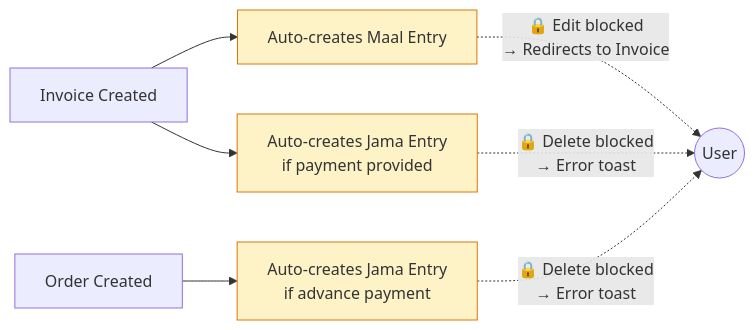
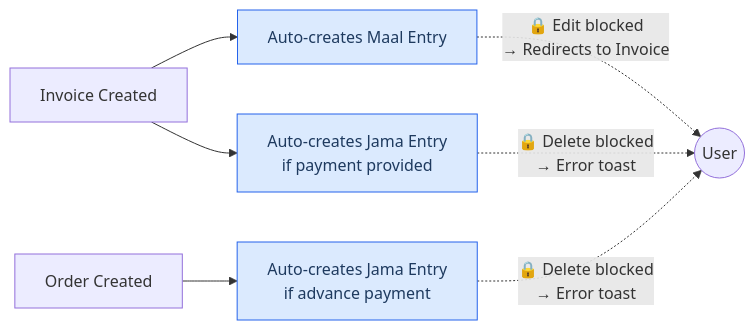
The eighth of 10 diagrams in README.md (agrawalvansh/ags-erp-desktop), drawn with Mermaid before and after one commit. The commit also changed other lines of this file and 1 other file, not shown here.

````diff
--- a/README.md
+++ b/README.md
@@ -339,14 +339,14 @@
 ```mermaid
 flowchart LR
     INV[Invoice Created] --> MAAL[Auto-creates Maal Entry]
     INV --> JAMA[Auto-creates Jama Entry<br/>if payment provided]
     ORD[Order Created] --> JAMA2[Auto-creates Jama Entry<br/>if advance payment]
 
     MAAL -. "🔒 Edit blocked<br/>→ Redirects to Invoice" .-> USER((User))
     JAMA -. "🔒 Delete blocked<br/>→ Error toast" .-> USER
     JAMA2 -. "🔒 Delete blocked<br/>→ Error toast" .-> USER
 
-    style MAAL fill:#FEF3C7,stroke:#D97706
-    style JAMA fill:#FEF3C7,stroke:#D97706
-    style JAMA2 fill:#FEF3C7,stroke:#D97706
+    style MAAL fill:#DBEAFE,stroke:#2563EB,color:#1E3A5F
+    style JAMA fill:#DBEAFE,stroke:#2563EB,color:#1E3A5F
+    style JAMA2 fill:#DBEAFE,stroke:#2563EB,color:#1E3A5F
 ```
````
